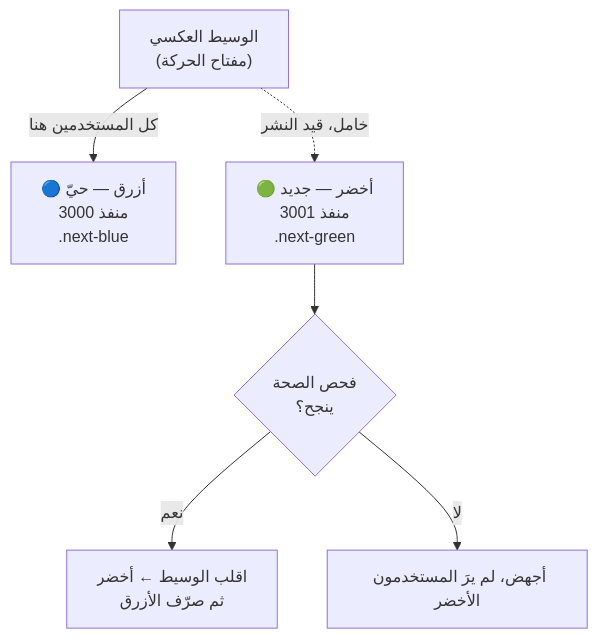
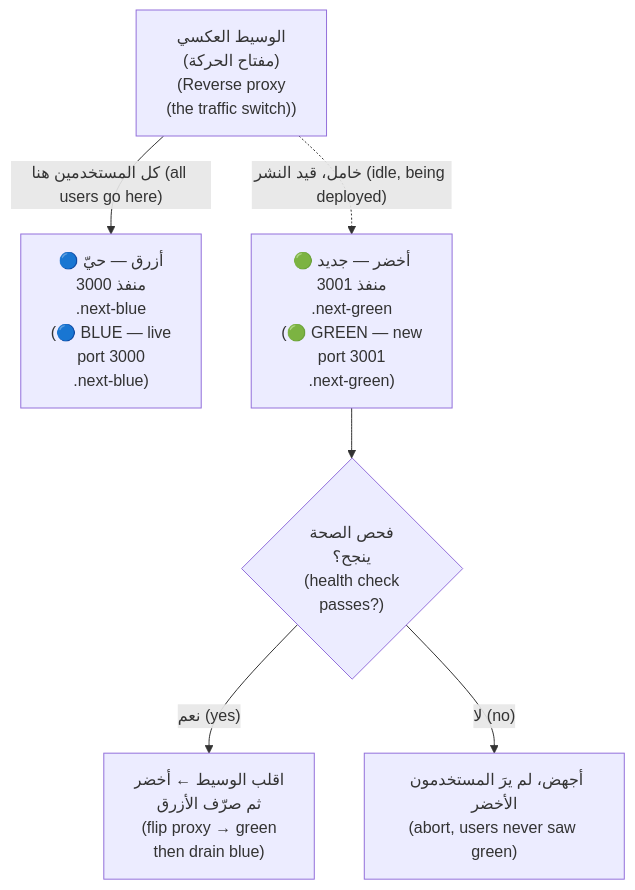
The second of 5 diagrams in modules/04-deploys/module.ar.md (Tamoura/system-design-for-vibe-coders), drawn with Mermaid before and after one commit. The commit also changed other lines of this file and 62 other files, not shown here.

First line of the commit message:
Arabic editions: English on every diagram label, RTL fixes, rebuild

````diff
--- a/modules/04-deploys/module.ar.md
+++ b/modules/04-deploys/module.ar.md
@@ -133,9 +133,9 @@
 ```mermaid
 flowchart TD
-    P["الوسيط العكسي<br/>(مفتاح الحركة)"]
-    P -->|"كل المستخدمين هنا"| B["🔵 أزرق — حيّ<br/>منفذ 3000<br/>.next-blue"]
-    P -. "خامل، قيد النشر" .-> G["🟢 أخضر — جديد<br/>منفذ 3001<br/>.next-green"]
-    G --> H{"فحص الصحة<br/>ينجح؟"}
-    H -->|نعم| FLIP["اقلب الوسيط ← أخضر<br/>ثم صرّف الأزرق"]
-    H -->|لا| ABORT["أجهض، لم يرَ المستخدمون الأخضر"]
+    P["الوسيط العكسي<br/>(مفتاح الحركة)<br/>(Reverse proxy<br/>(the traffic switch))"]
+    P -->|"كل المستخدمين هنا (all users go here)"| B["🔵 أزرق — حيّ<br/>منفذ 3000<br/>.next-blue<br/>(🔵 BLUE — live<br/>port 3000<br/>.next-blue)"]
+    P -. "خامل، قيد النشر (idle, being deployed)" .-> G["🟢 أخضر — جديد<br/>منفذ 3001<br/>.next-green<br/>(🟢 GREEN — new<br/>port 3001<br/>.next-green)"]
+    G --> H{"فحص الصحة<br/>ينجح؟<br/>(health check<br/>passes?)"}
+    H -->|"نعم (yes)"| FLIP["اقلب الوسيط ← أخضر<br/>ثم صرّف الأزرق<br/>(flip proxy → green<br/>then drain blue)"]
+    H -->|"لا (no)"| ABORT["أجهض، لم يرَ المستخدمون الأخضر<br/>(abort, users never saw green)"]
 ```
````
